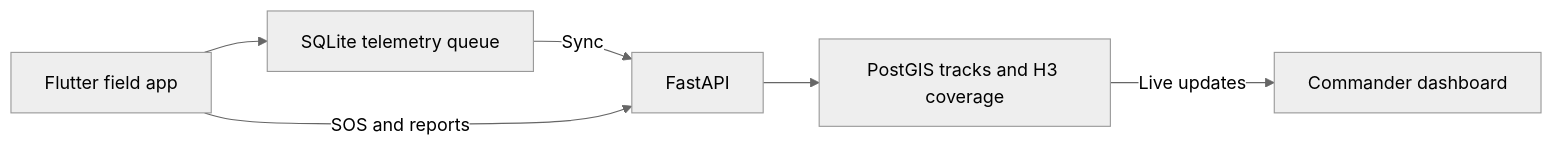
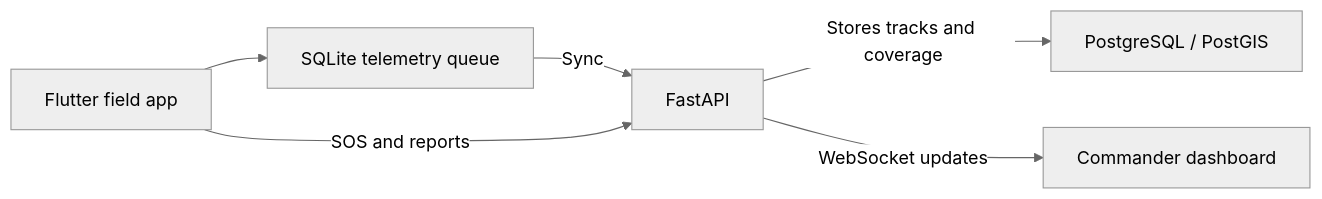
The diagram in README.md (AvrahamKo/FindResQ), drawn with Mermaid (neutral theme) before and after one commit. The commit also changed other lines of this file and 1 other file, not shown here.

Commit message:
Clarify local setup and bind PostgreSQL to loopback

```diff
--- a/README.md
+++ b/README.md
@@ -24,8 +24,8 @@
 ~~~mermaid
 flowchart LR
     A["Flutter field app"] --> B["SQLite telemetry queue"]
     B -->|Sync| C["FastAPI"]
     A -->|SOS and reports| C
-    C --> D["PostGIS tracks and H3 coverage"]
-    D -->|Live updates| E["Commander dashboard"]
+    C -->|Stores tracks and coverage| D["PostgreSQL / PostGIS"]
+    C -->|WebSocket updates| E["Commander dashboard"]
 ~~~
```
